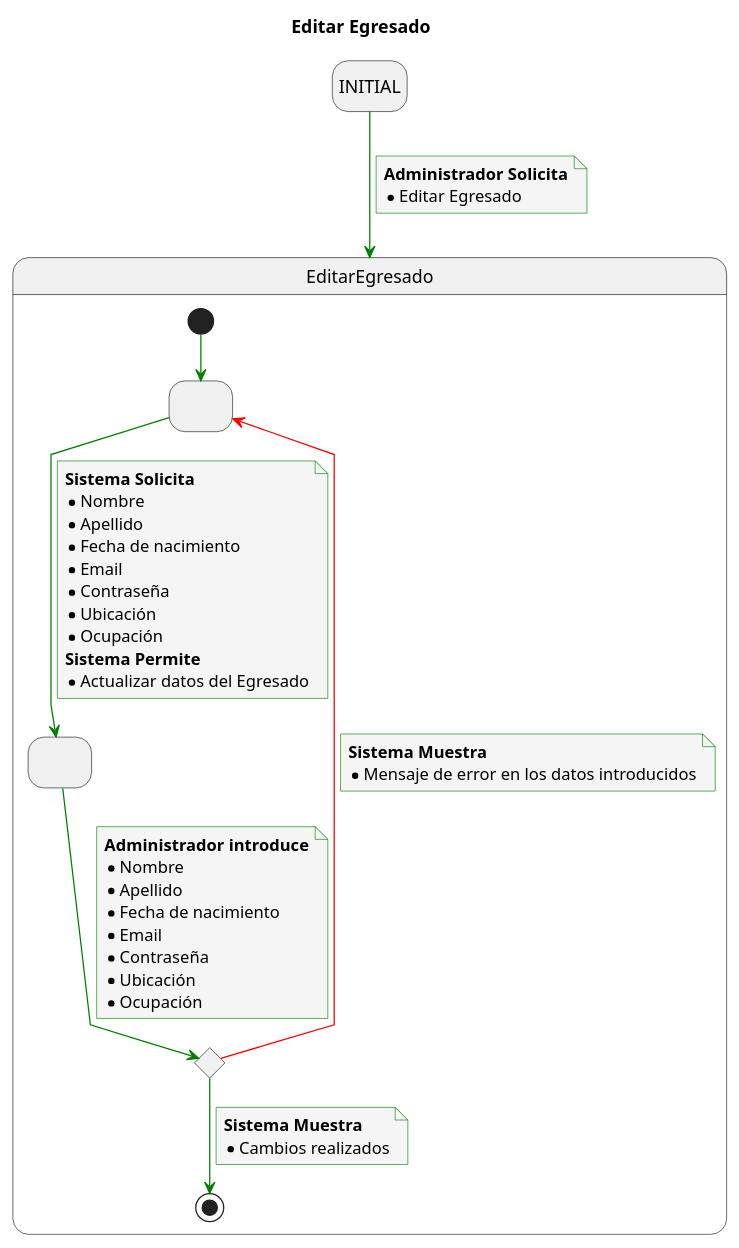
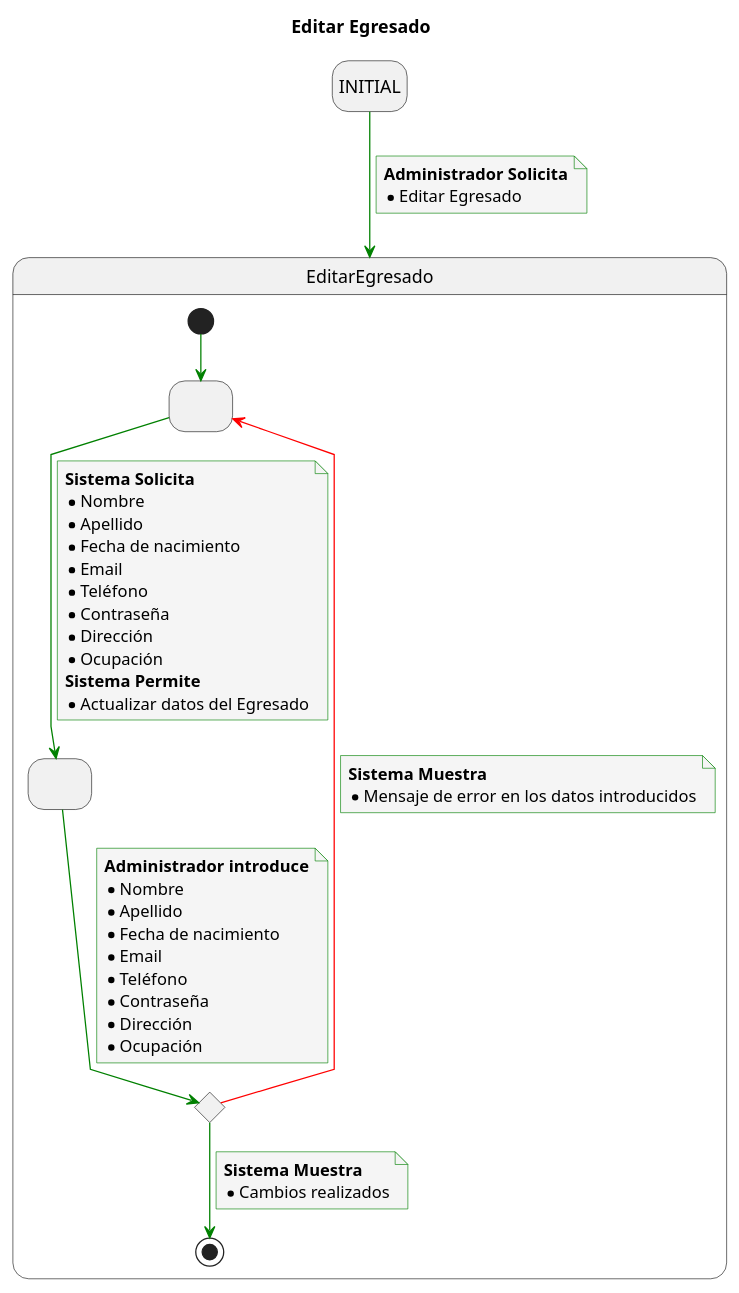
The diagram in Caso_de_Uso/Casos_de_Uso/Usuarios/Administrador/CRUD_Egresados/Editar_Egresado/Caso_de_Uso.puml (mmasias/23-24-IdSw1-SDR), drawn with PlantUML before and after one commit.

```diff
--- a/Caso_de_Uso/Casos_de_Uso/Usuarios/Administrador/CRUD_Egresados/Editar_Egresado/Caso_de_Uso.puml
+++ b/Caso_de_Uso/Casos_de_Uso/Usuarios/Administrador/CRUD_Egresados/Editar_Egresado/Caso_de_Uso.puml
@@ -1,69 +1,69 @@
 @startuml
-
 title Editar Egresado
 
 skinparam {
     NoteBackgroundColor #whiteSmoke
     ArrowColor #green
     NoteBorderColor #green
     linetype polyline
 }
 
 hide empty description
 
 state startState as "INITIAL"
 
 startState --> EditarEgresado
 note on link
     <b>Administrador Solicita</b>
     * Editar Egresado
 end note
 
 state EditarEgresado {
 state 2 as " "
 state 3 as " "
 state 4 <<choice>>
 
 [*] -down-> 2
 
 2 -down-> 3
 note on link
 <b>Sistema Solicita</b>
 * Nombre
 * Apellido
 * Fecha de nacimiento
 * Email
+* Teléfono
 * Contraseña
-* Ubicación
+* Dirección
 * Ocupación
 <b>Sistema Permite</b>
 * Actualizar datos del Egresado
 end note
 
 3 -down-> 4
 note on link
 <b>Administrador introduce</b>
 * Nombre
 * Apellido
 * Fecha de nacimiento
 * Email
+* Teléfono
 * Contraseña
-* Ubicación
+* Dirección
 * Ocupación
 end note
 
 4 -down-> [*]
 note on link
 <b>Sistema Muestra</b>
 * Cambios realizados
 end note
 
 4 -[#red]-> 2
 note on link
 <b>Sistema Muestra</b>
 * Mensaje de error en los datos introducidos
 end note
 
 }
-
 @enduml
```
